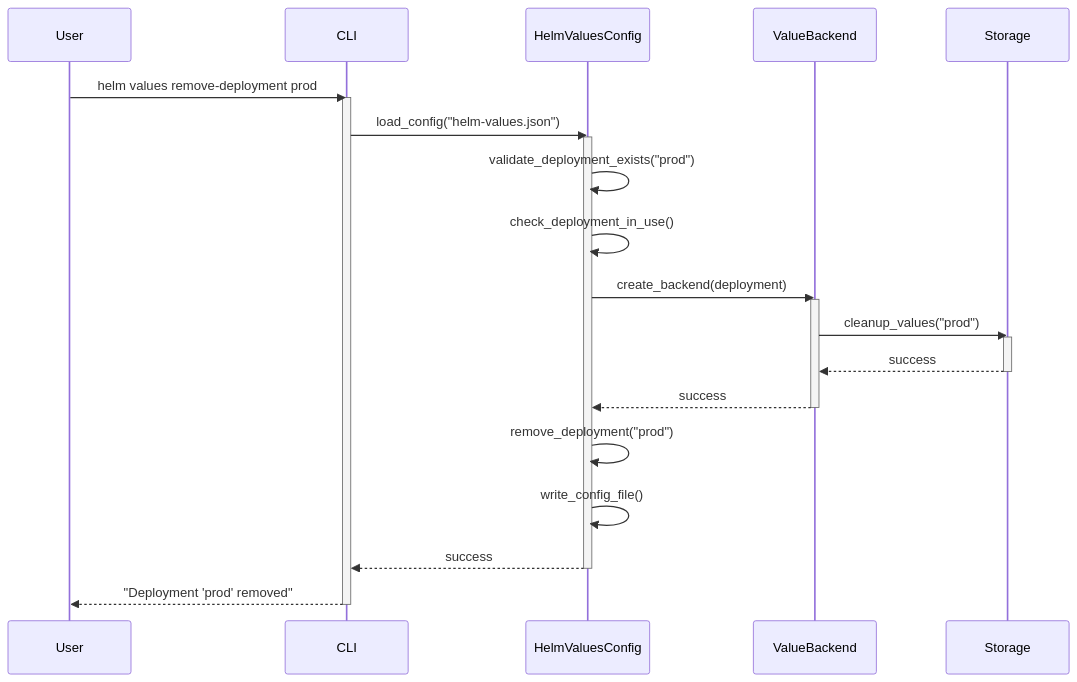
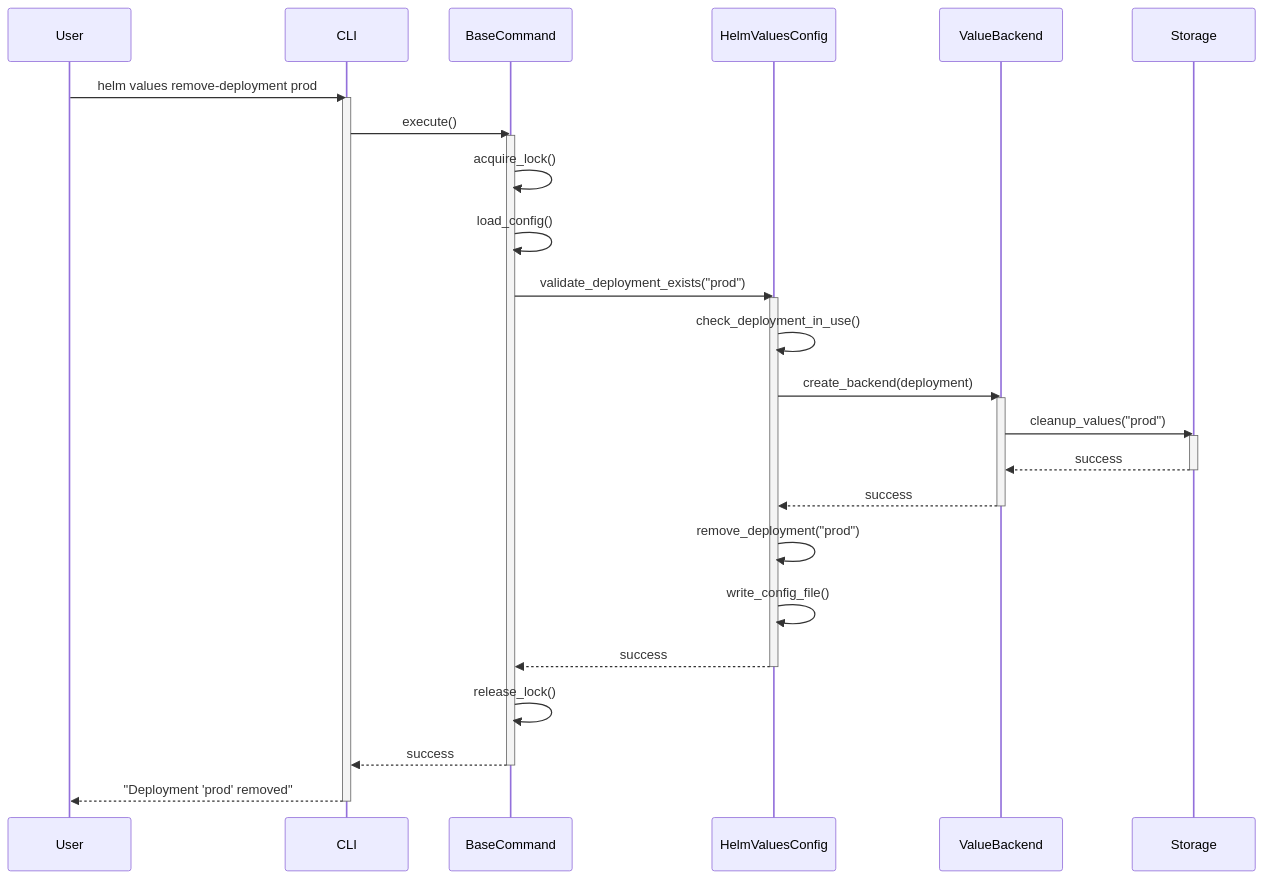
One commit to Zipstack/helm-values-manager changed the tenth of 12 diagrams in docs/Design/sequence-diagrams.md. Above: the diagram before and after it, drawn with Mermaid. The commit also changed other lines of this file and 16 other files, not shown here.

````diff
--- a/docs/Design/sequence-diagrams.md
+++ b/docs/Design/sequence-diagrams.md
@@ -315,37 +423,46 @@
 ```mermaid
 sequenceDiagram
     participant User
     participant CLI
+    participant BaseCommand
     participant HelmValuesConfig
     participant ValueBackend
     participant Storage
 
     User->>CLI: helm values remove-deployment prod
     activate CLI
 
-    CLI->>HelmValuesConfig: load_config("helm-values.json")
+    CLI->>BaseCommand: execute()
+    activate BaseCommand
+
+    BaseCommand->>BaseCommand: acquire_lock()
+    BaseCommand->>BaseCommand: load_config()
+    BaseCommand->>HelmValuesConfig: validate_deployment_exists("prod")
     activate HelmValuesConfig
 
-    HelmValuesConfig->>HelmValuesConfig: validate_deployment_exists("prod")
     HelmValuesConfig->>HelmValuesConfig: check_deployment_in_use()
 
     HelmValuesConfig->>ValueBackend: create_backend(deployment)
     activate ValueBackend
 
     ValueBackend->>Storage: cleanup_values("prod")
     activate Storage
     Storage-->>ValueBackend: success
     deactivate Storage
 
     ValueBackend-->>HelmValuesConfig: success
     deactivate ValueBackend
 
     HelmValuesConfig->>HelmValuesConfig: remove_deployment("prod")
     HelmValuesConfig->>HelmValuesConfig: write_config_file()
 
-    HelmValuesConfig-->>CLI: success
+    HelmValuesConfig-->>BaseCommand: success
     deactivate HelmValuesConfig
+
+    BaseCommand->>BaseCommand: release_lock()
+    BaseCommand-->>CLI: success
+    deactivate BaseCommand
 
     CLI-->>User: "Deployment 'prod' removed"
     deactivate CLI
 ```
````
